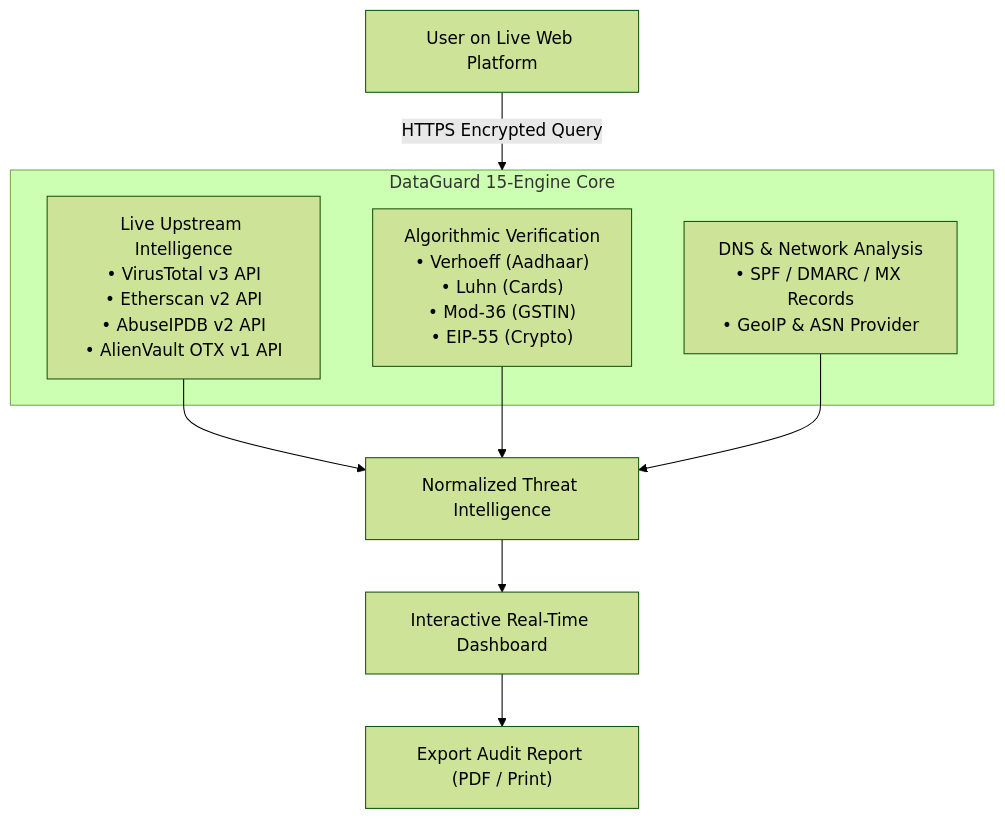
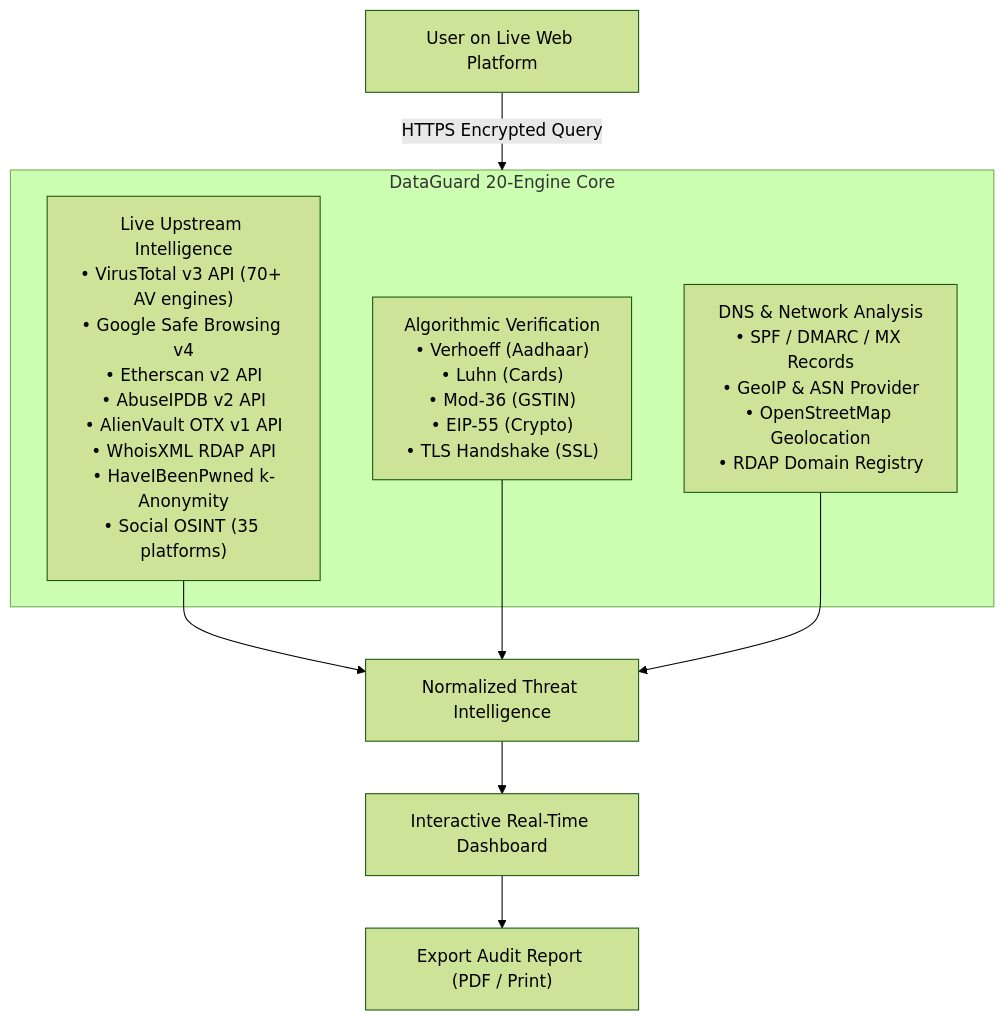
Before and after one commit to jojin1709/dataguard: the diagram in README.md, drawn with Mermaid (forest theme). The commit also changed other lines of this file, not shown here.

Commit message:
docs: update README to v3.0 — 20 engines, 5 new tools, updated badges and architecture diagram

````diff
--- a/README.md
+++ b/README.md
@@ -103,18 +104,18 @@
 ```mermaid
 flowchart TD
     CLIENT["User on Live Web Platform"]
     
-    subgraph EngineLayer["DataGuard 15-Engine Core"]
-        ALGO["Algorithmic Verification<br/>• Verhoeff (Aadhaar)<br/>• Luhn (Cards)<br/>• Mod-36 (GSTIN)<br/>• EIP-55 (Crypto)"]
-        DNS_PROV["DNS & Network Analysis<br/>• SPF / DMARC / MX Records<br/>• GeoIP & ASN Provider"]
-        INTEL["Live Upstream Intelligence<br/>• VirusTotal v3 API<br/>• Etherscan v2 API<br/>• AbuseIPDB v2 API<br/>• AlienVault OTX v1 API"]
+    subgraph EngineLayer["DataGuard 20-Engine Core"]
+        ALGO["Algorithmic Verification<br/>• Verhoeff (Aadhaar)<br/>• Luhn (Cards)<br/>• Mod-36 (GSTIN)<br/>• EIP-55 (Crypto)<br/>• TLS Handshake (SSL)"]
+        DNS_PROV["DNS & Network Analysis<br/>• SPF / DMARC / MX Records<br/>• GeoIP & ASN Provider<br/>• OpenStreetMap Geolocation<br/>• RDAP Domain Registry"]
+        INTEL["Live Upstream Intelligence<br/>• VirusTotal v3 API (70+ AV engines)<br/>• Google Safe Browsing v4<br/>• Etherscan v2 API<br/>• AbuseIPDB v2 API<br/>• AlienVault OTX v1 API<br/>• WhoisXML RDAP API<br/>• HaveIBeenPwned k-Anonymity<br/>• Social OSINT (35 platforms)"]
     end
     
     CLIENT -- "HTTPS Encrypted Query" --> EngineLayer
     INTEL --> RES["Normalized Threat Intelligence"]
     ALGO --> RES
     DNS_PROV --> RES
     
     RES --> UI["Interactive Real-Time Dashboard"]
     UI --> PDF["Export Audit Report (PDF / Print)"]
 ```
````
